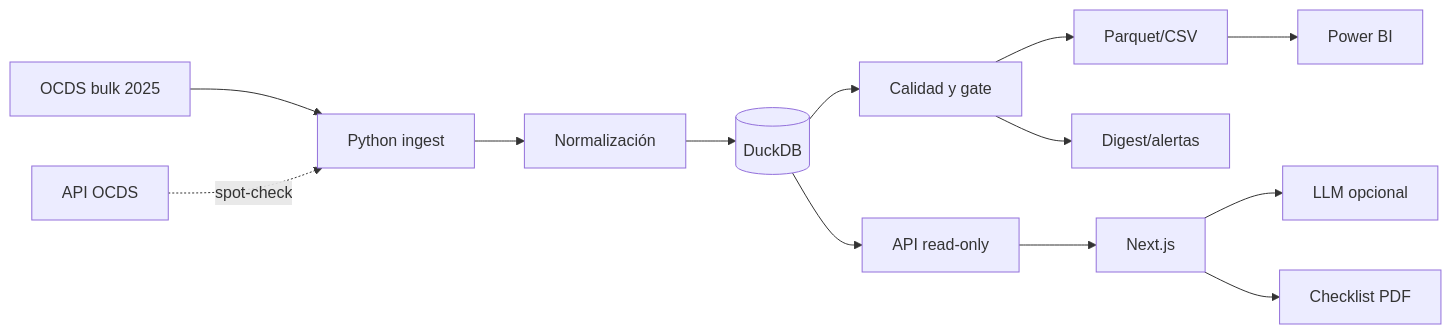
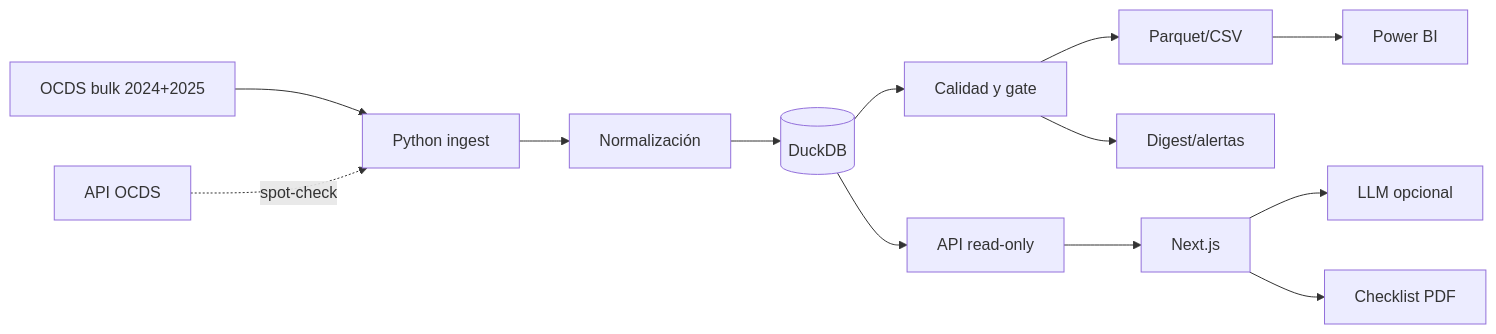
One commit to kuki236/contratamype changed the diagram in README.md. Above: the diagram before and after it, drawn with Mermaid. The commit also changed other lines of this file and 7 other files, not shown here.

````diff
--- a/README.md
+++ b/README.md
@@ -65,15 +66,15 @@
 ```mermaid
 flowchart LR
-    bulk[OCDS bulk 2025] --> ingest[Python ingest]
+    bulk[OCDS bulk 2024+2025] --> ingest[Python ingest]
     api[API OCDS] -. spot-check .-> ingest
     ingest --> normalize[Normalización]
     normalize --> duck[(DuckDB)]
     duck --> quality[Calidad y gate]
     quality --> pq[Parquet/CSV]
     pq --> pbi[Power BI]
     duck --> readapi[API read-only]
     readapi --> web[Next.js]
     web --> llm[LLM opcional]
     web --> pdf[Checklist PDF]
     quality --> alerts[Digest/alertas]
 ```
````
